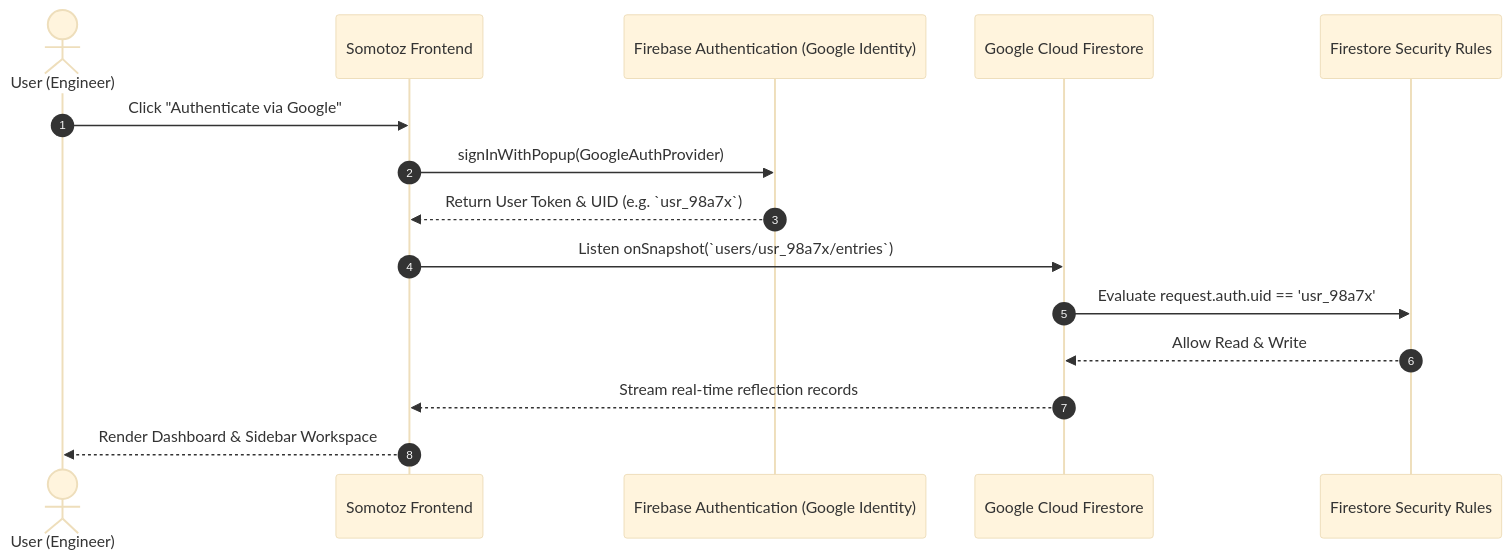
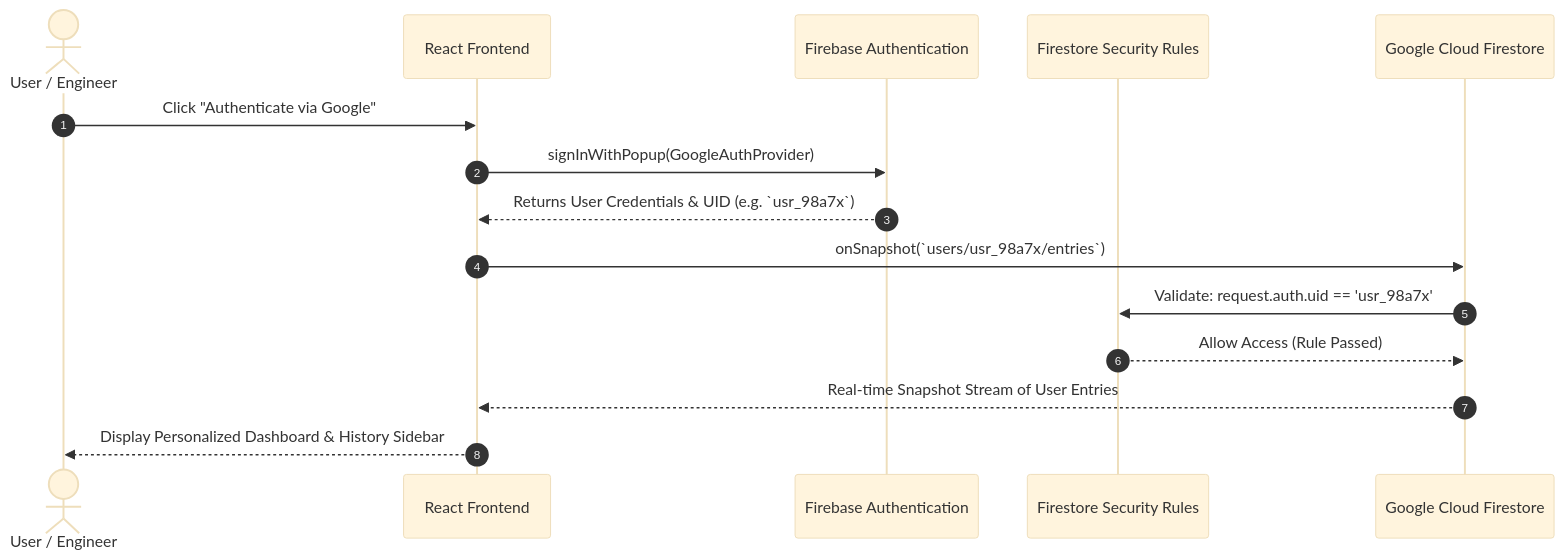
One commit to mauryasomkumar-pixel/somotoz changed the second of 4 diagrams in README.md. Above: the diagram before and after it, drawn with Mermaid (base theme). The commit also changed other lines of this file, not shown here.

````diff
--- a/README.md
+++ b/README.md
@@ -68,18 +115,18 @@
 ```mermaid
 sequenceDiagram
     autonumber
-    actor User as User (Engineer)
-    participant Client as Somotoz Frontend
-    participant Auth as Firebase Authentication (Google Identity)
-    participant Firestore as Google Cloud Firestore
+    actor User as User / Engineer
+    participant App as React Frontend
+    participant Auth as Firebase Authentication
     participant Rules as Firestore Security Rules
+    participant DB as Google Cloud Firestore
 
-    User->>Client: Click "Authenticate via Google"
-    Client->>Auth: signInWithPopup(GoogleAuthProvider)
-    Auth-->>Client: Return User Token & UID (e.g. `usr_98a7x`)
-    Client->>Firestore: Listen onSnapshot(`users/usr_98a7x/entries`)
-    Firestore->>Rules: Evaluate request.auth.uid == 'usr_98a7x'
-    Rules-->>Firestore: Allow Read & Write
-    Firestore-->>Client: Stream real-time reflection records
-    Client-->>User: Render Dashboard & Sidebar Workspace
+    User->>App: Click "Authenticate via Google"
+    App->>Auth: signInWithPopup(GoogleAuthProvider)
+    Auth-->>App: Returns User Credentials & UID (e.g. `usr_98a7x`)
+    App->>DB: onSnapshot(`users/usr_98a7x/entries`)
+    DB->>Rules: Validate: request.auth.uid == 'usr_98a7x'
+    Rules-->>DB: Allow Access (Rule Passed)
+    DB-->>App: Real-time Snapshot Stream of User Entries
+    App-->>User: Display Personalized Dashboard & History Sidebar
 ```
````
